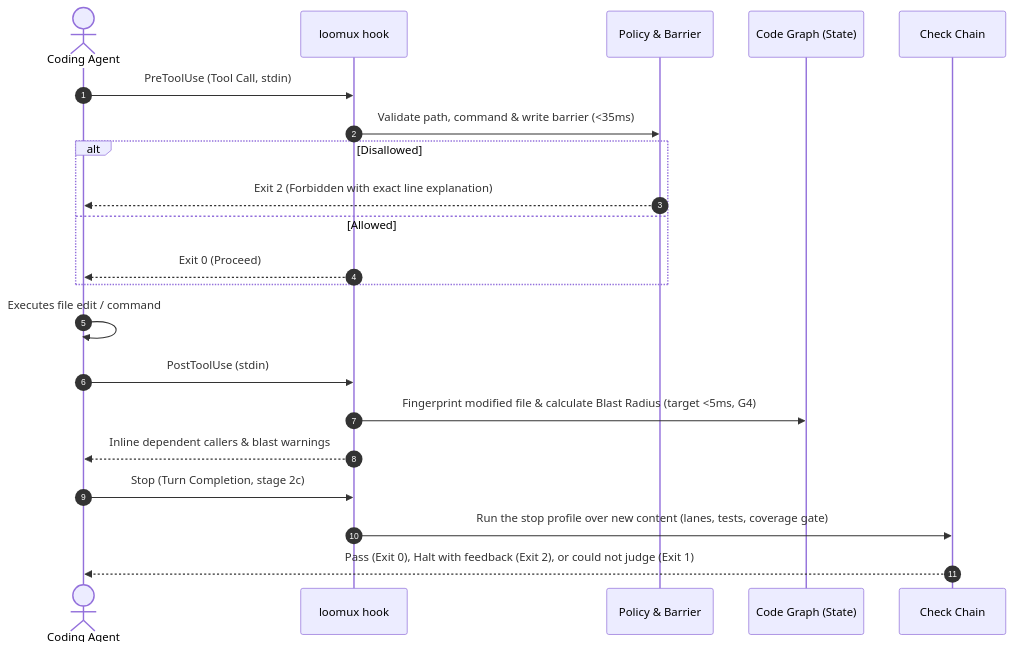
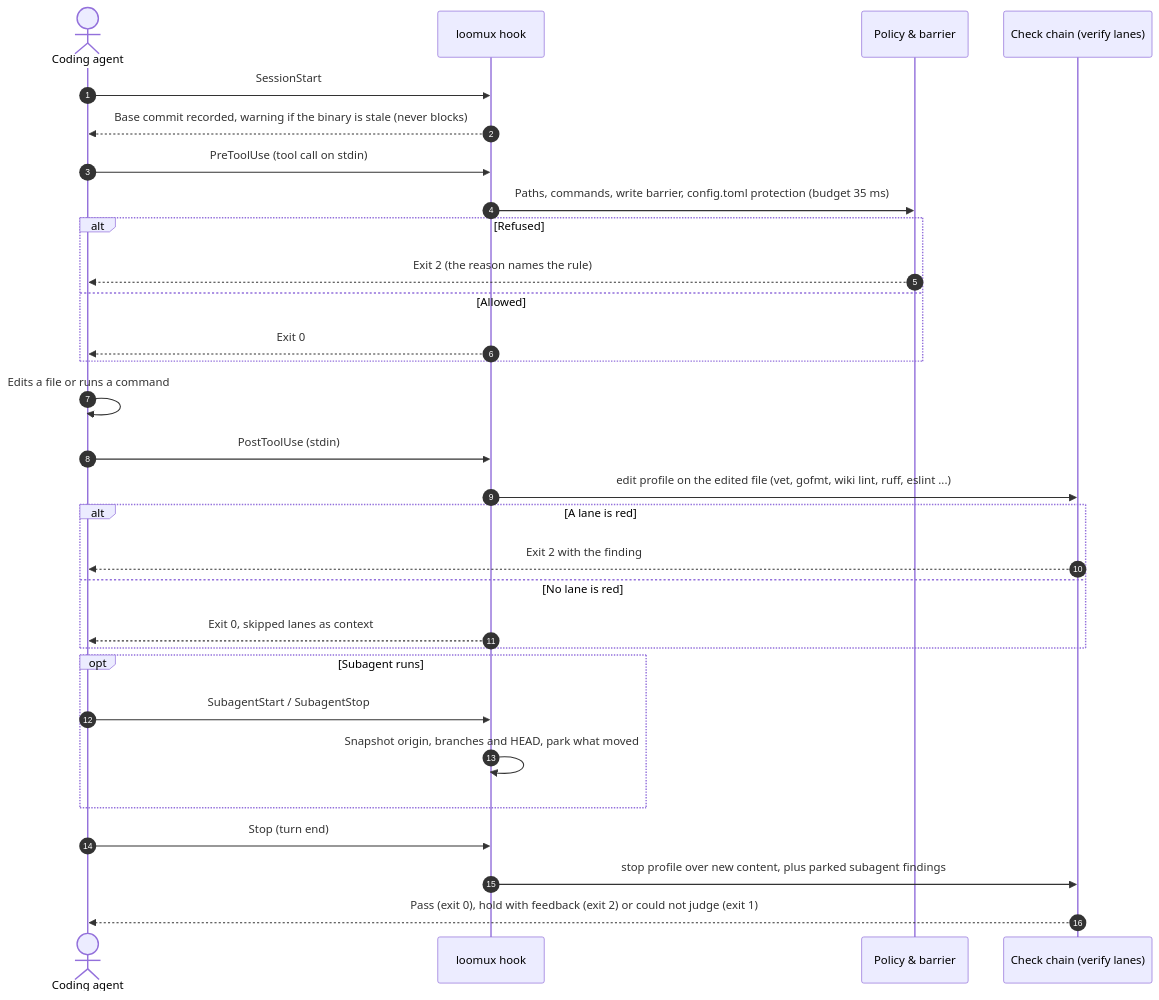
The second of 3 diagrams in README.md (xidus90/loomux), drawn with Mermaid before and after one commit. The commit also changed other lines of this file and 9 other files, not shown here.

````diff
--- a/README.md
+++ b/README.md
@@ -46,27 +58,38 @@
 ```mermaid
 sequenceDiagram
     autonumber
-    actor Agent as Coding Agent
+    actor Agent as Coding agent
     participant Hook as loomux hook
-    participant Policy as Policy & Barrier
-    participant Graph as Code Graph (State)
-    participant Verify as Check Chain
+    participant Policy as Policy & barrier
+    participant Verify as Check chain (verify lanes)
 
-    Agent->>Hook: PreToolUse (Tool Call, stdin)
-    Hook->>Policy: Validate path, command & write barrier (<35ms)
-    alt Disallowed
-        Policy-->>Agent: Exit 2 (Forbidden with exact line explanation)
+    Agent->>Hook: SessionStart
+    Hook-->>Agent: Base commit recorded, warning if the binary is stale (never blocks)
+
+    Agent->>Hook: PreToolUse (tool call on stdin)
+    Hook->>Policy: Paths, commands, write barrier, config.toml protection (budget 35 ms)
+    alt Refused
+        Policy-->>Agent: Exit 2 (the reason names the rule)
     else Allowed
-        Hook-->>Agent: Exit 0 (Proceed)
+        Hook-->>Agent: Exit 0
     end
 
-    Agent->>Agent: Executes file edit / command
+    Agent->>Agent: Edits a file or runs a command
 
     Agent->>Hook: PostToolUse (stdin)
-    Hook->>Graph: Fingerprint modified file & calculate Blast Radius (target <5ms, G4)
-    Hook-->>Agent: Inline dependent callers & blast warnings
+    Hook->>Verify: edit profile on the edited file (vet, gofmt, wiki lint, ruff, eslint ...)
+    alt A lane is red
+        Verify-->>Agent: Exit 2 with the finding
+    else No lane is red
+        Hook-->>Agent: Exit 0, skipped lanes as context
+    end
 
-    Agent->>Hook: Stop (Turn Completion, stage 2c)
-    Hook->>Verify: Run the stop profile over new content (lanes, tests, coverage gate)
-    Verify-->>Agent: Pass (Exit 0), Halt with feedback (Exit 2), or could not judge (Exit 1)
+    opt Subagent runs
+        Agent->>Hook: SubagentStart / SubagentStop
+        Hook->>Hook: Snapshot origin, branches and HEAD, park what moved
+    end
+
+    Agent->>Hook: Stop (turn end)
+    Hook->>Verify: stop profile over new content, plus parked subagent findings
+    Verify-->>Agent: Pass (exit 0), hold with feedback (exit 2) or could not judge (exit 1)
 ```
````
